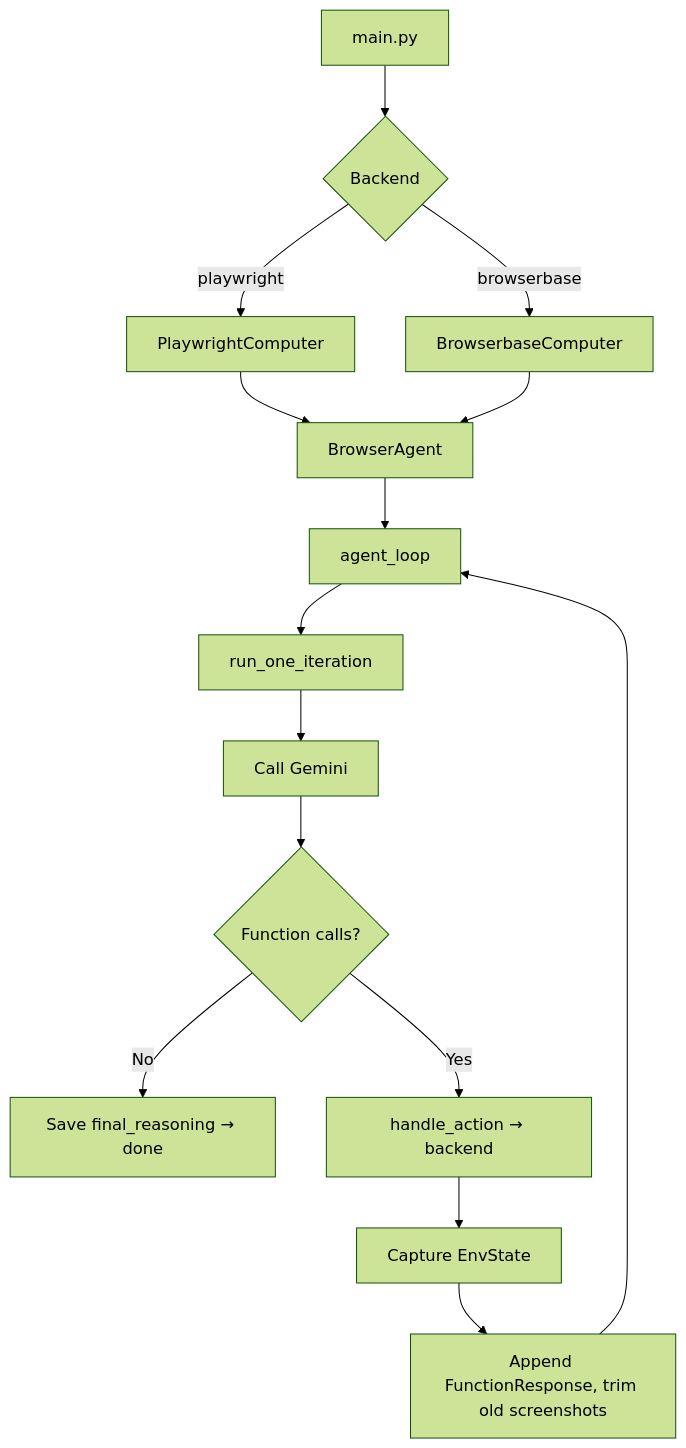
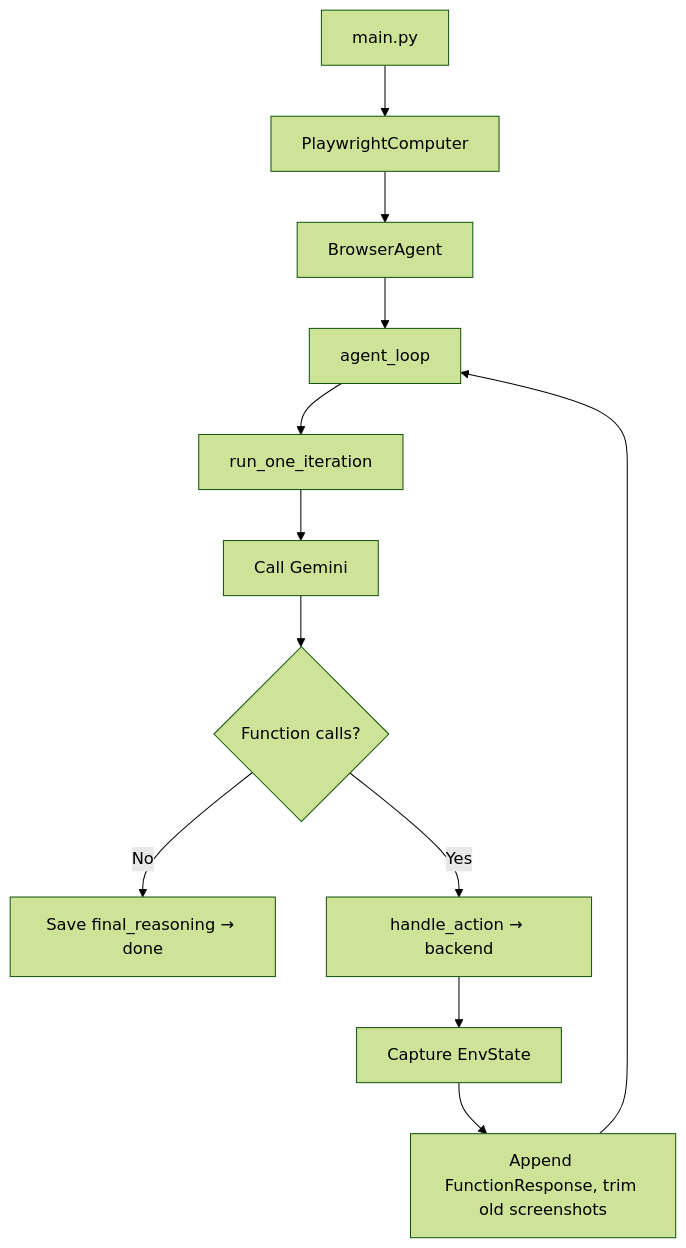
One commit to junyeong-nero/tiny-browser-agent changed the diagram in README.md. Above: the diagram before and after it, drawn with Mermaid (forest theme). The commit also changed other lines of this file and 5 other files, not shown here.

````diff
--- a/README.md
+++ b/README.md
@@ -162,17 +139,14 @@
 ```mermaid
 flowchart TD
-    A[main.py] --> B{Backend}
-    B -->|playwright| D[PlaywrightComputer]
-    B -->|browserbase| E[BrowserbaseComputer]
+    A[main.py] --> D[PlaywrightComputer]
     D --> F[BrowserAgent]
-    E --> F
     F --> G[agent_loop]
     G --> H[run_one_iteration]
     H --> I[Call Gemini]
     I --> J{Function calls?}
     J -->|No| K[Save final_reasoning → done]
     J -->|Yes| L[handle_action → backend]
     L --> M[Capture EnvState]
     M --> N[Append FunctionResponse, trim old screenshots]
     N --> G
 ```
````
